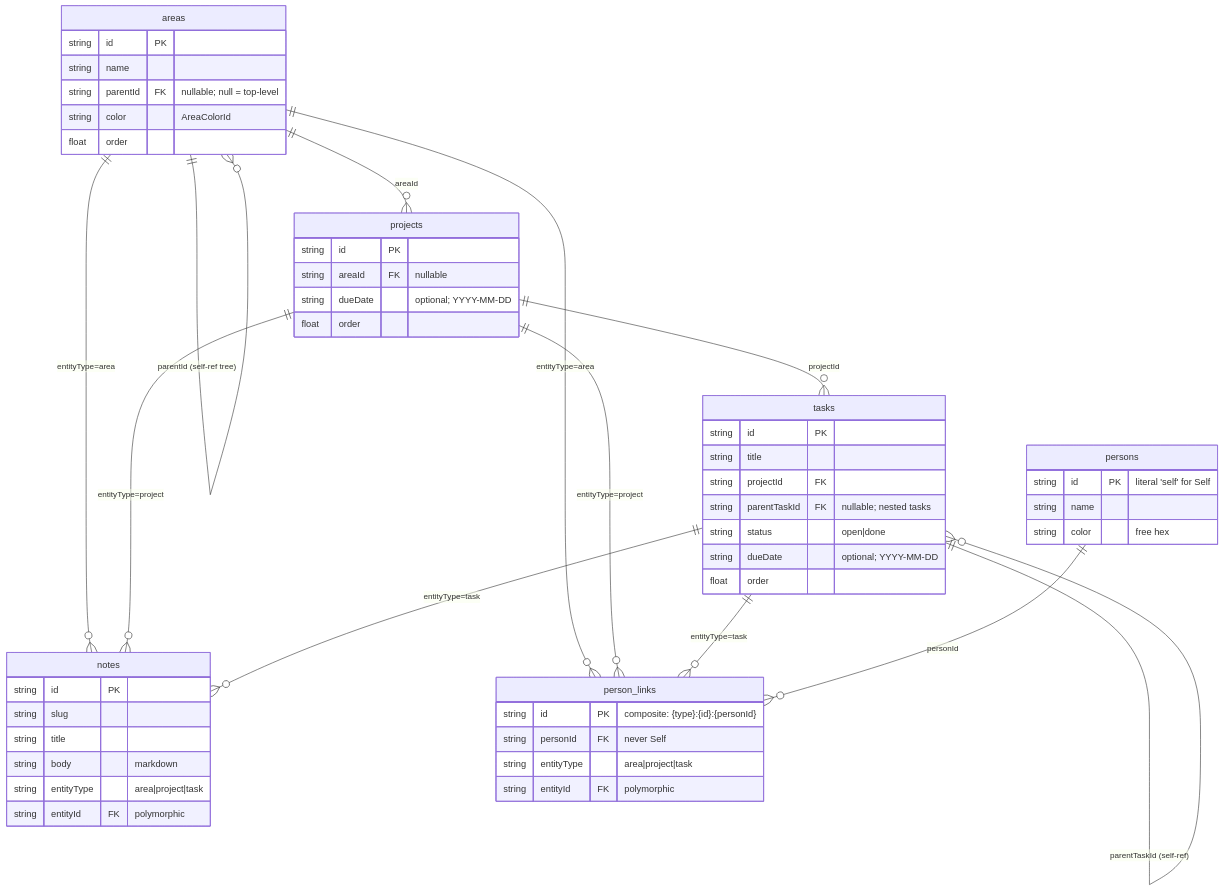
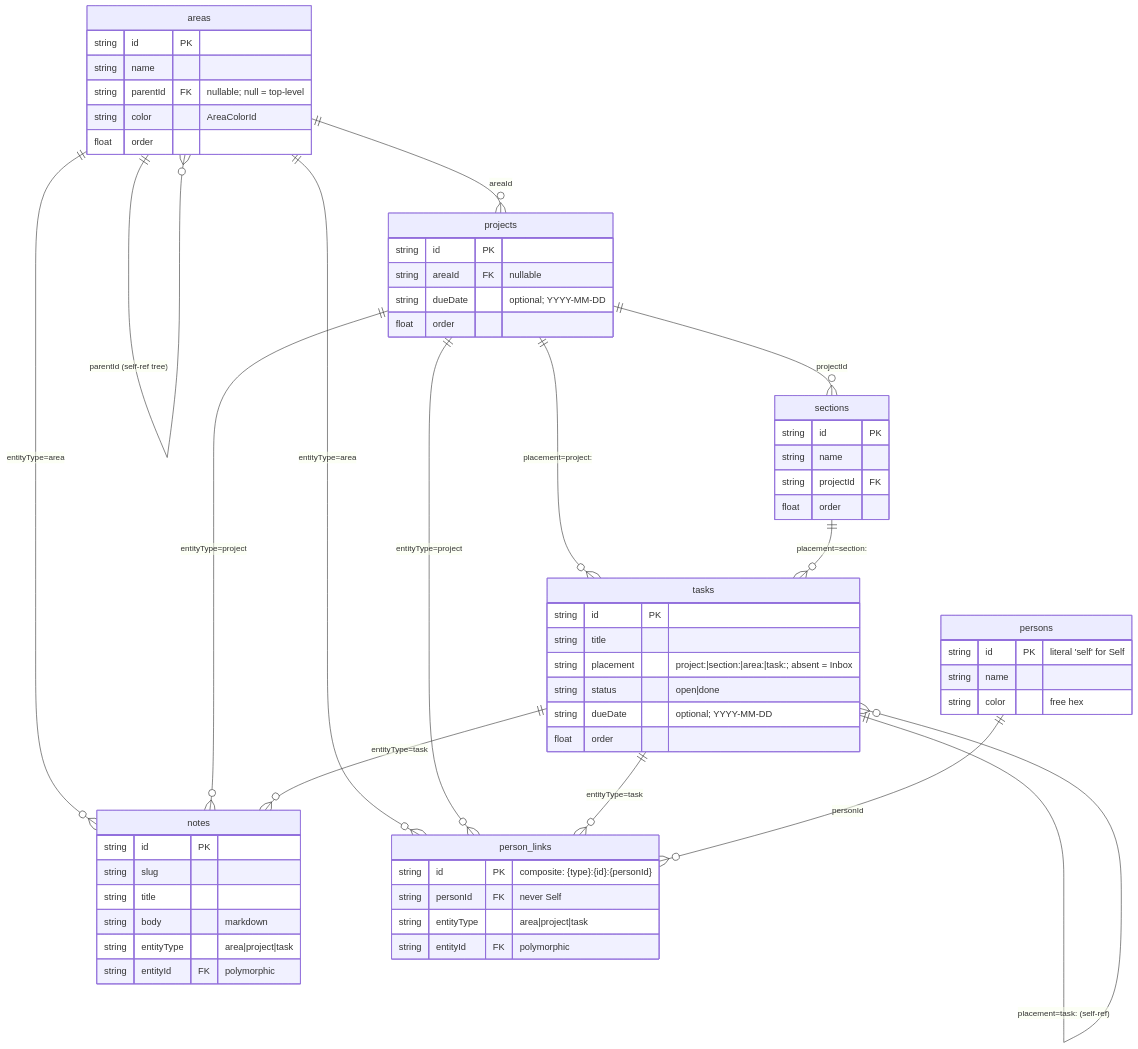
Before and after one commit to nibblebot/localaction: the second of 3 diagrams in docs/architecture.md, drawn with Mermaid. The commit also changed other lines of this file and 20 other files, not shown here.

````diff
--- a/docs/architecture.md
+++ b/docs/architecture.md
@@ -94,43 +95,48 @@
 ```mermaid
 erDiagram
   areas ||--o{ areas : "parentId (self-ref tree)"
   areas ||--o{ projects : "areaId"
   areas ||--o{ notes : "entityType=area"
-  projects ||--o{ tasks : "projectId"
+  projects ||--o{ sections : "projectId"
+  projects ||--o{ tasks : "placement=project:<id>"
+  sections ||--o{ tasks : "placement=section:<id>"
   projects ||--o{ notes : "entityType=project"
-  tasks ||--o{ tasks : "parentTaskId (self-ref)"
+  tasks ||--o{ tasks : "placement=task:<id> (self-ref)"
   tasks ||--o{ notes : "entityType=task"
   areas { string id PK }
   areas { string name }
   areas { string parentId FK "nullable; null = top-level" }
   areas { string color "AreaColorId" }
   areas { float order }
   projects { string id PK }
   projects { string areaId FK "nullable" }
   projects { string dueDate "optional; YYYY-MM-DD" }
   projects { float order }
+  sections { string id PK }
+  sections { string name }
+  sections { string projectId FK }
+  sections { float order }
   tasks { string id PK }
   tasks { string title }
-  tasks { string projectId FK }
-  tasks { string parentTaskId FK "nullable; nested tasks" }
+  tasks { string placement "project:<id>|section:<id>|area:<id>|task:<id>; absent = Inbox" }
   tasks { string status "open|done" }
   tasks { string dueDate "optional; YYYY-MM-DD" }
   tasks { float order }
   notes { string id PK }
   notes { string slug }
   notes { string title }
   notes { string body "markdown" }
   notes { string entityType "area|project|task" }
   notes { string entityId FK "polymorphic" }
   persons { string id PK "literal 'self' for Self" }
   persons { string name }
   persons { string color "free hex" }
   person_links { string id PK "composite: {type}:{id}:{personId}" }
   person_links { string personId FK "never Self" }
   person_links { string entityType "area|project|task" }
   person_links { string entityId FK "polymorphic" }
   areas ||--o{ person_links : "entityType=area"
   projects ||--o{ person_links : "entityType=project"
   tasks ||--o{ person_links : "entityType=task"
   persons ||--o{ person_links : "personId"
 ```
````
